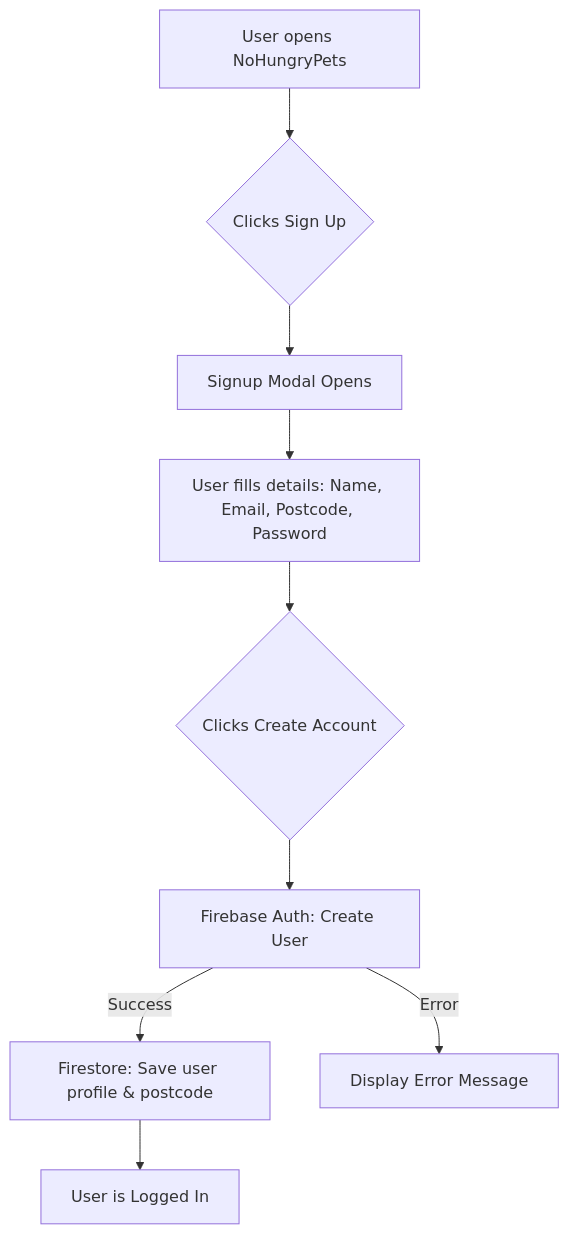
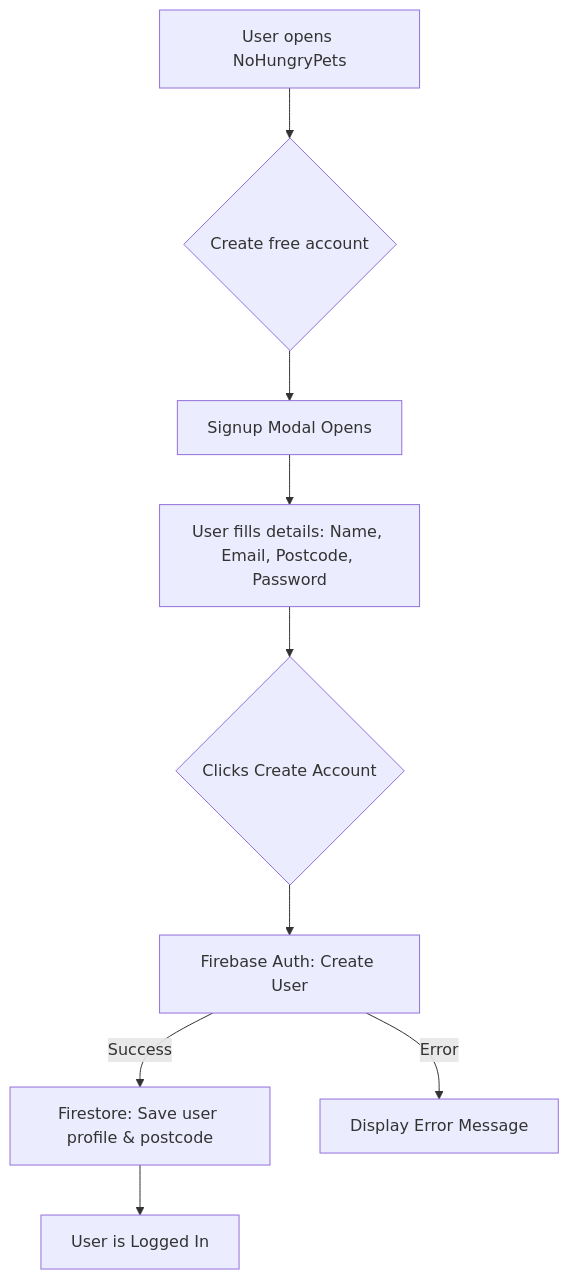
One commit to agapasieka/nohungrypets changed the diagram in README.md. Above: the diagram before and after it, drawn with Mermaid. The commit also changed other lines of this file and 2 other files, not shown here.

````diff
--- a/README.md
+++ b/README.md
@@ -43,11 +43,11 @@
 ```mermaid
 flowchart TD
-    A[User opens NoHungryPets] --> B{Clicks Sign Up}
+    A[User opens NoHungryPets] --> B{Create free account}
     B --> C[Signup Modal Opens]
     C --> D[User fills details: Name, Email, Postcode, Password]
     D --> E{Clicks Create Account}
     E --> F[Firebase Auth: Create User]
     F -->|Success| G[Firestore: Save user profile & postcode]
     G --> H[User is Logged In]
     F -->|Error| I[Display Error Message]
 ```
````
